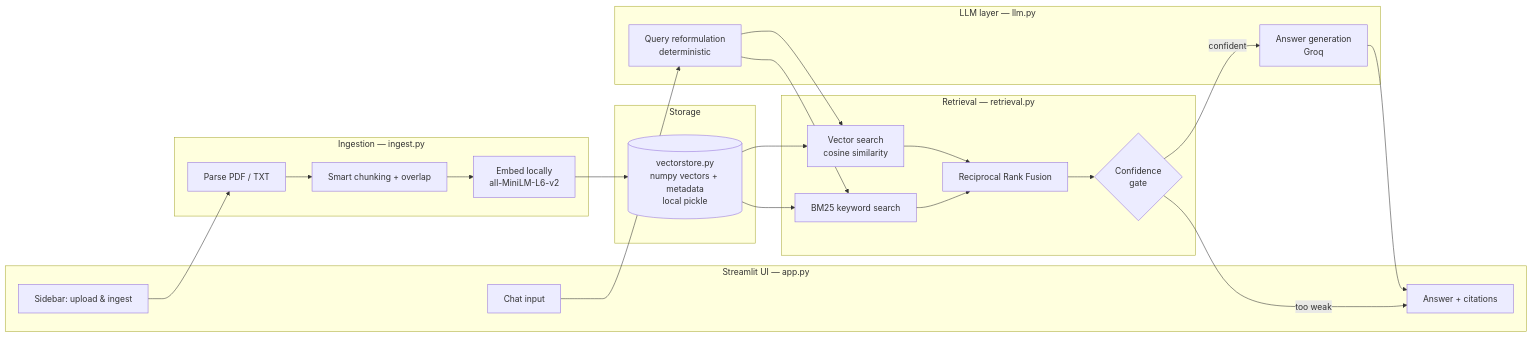
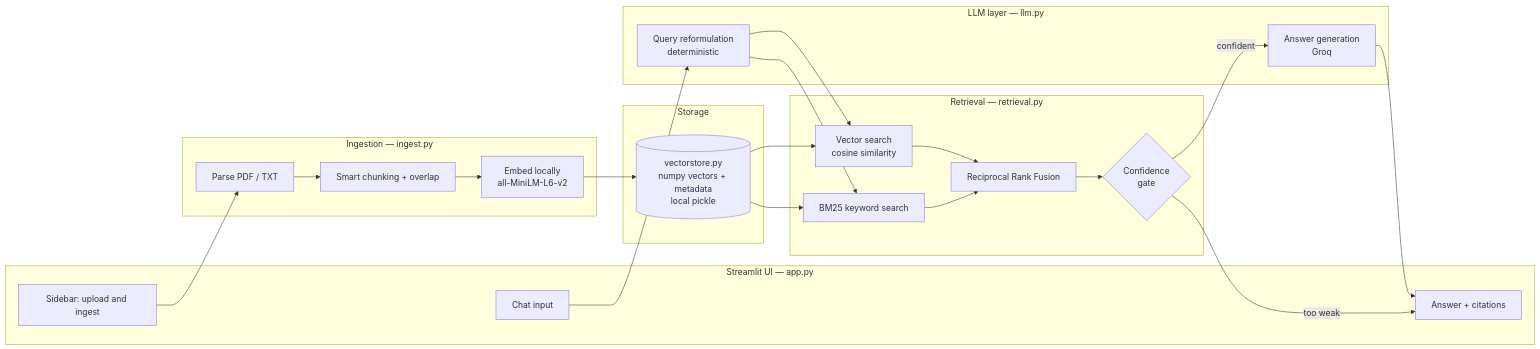
The first of 7 diagrams in README.md (abhishek5703/docmind), drawn with Mermaid before and after one commit. The commit also changed other lines of this file, not shown here.

````diff
--- a/README.md
+++ b/README.md
@@ -134,41 +134,41 @@
 ```mermaid
 flowchart LR
     subgraph UI["Streamlit UI — app.py"]
-        U1[Sidebar: upload & ingest]
+        U1["Sidebar: upload and ingest"]
         U2[Chat input]
         U3[Answer + citations]
     end
 
     subgraph ING["Ingestion — ingest.py"]
         I1[Parse PDF / TXT]
         I2[Smart chunking + overlap]
         I3[Embed locally<br/>all-MiniLM-L6-v2]
     end
 
     subgraph STORE["Storage"]
         V[(vectorstore.py<br/>numpy vectors + metadata<br/>local pickle)]
     end
 
     subgraph RET["Retrieval — retrieval.py"]
         R1[Vector search<br/>cosine similarity]
         R2[BM25 keyword search]
         R3[Reciprocal Rank Fusion]
         R4{Confidence<br/>gate}
     end
 
     subgraph LLM["LLM layer — llm.py"]
         L1[Query reformulation<br/>deterministic]
         L2[Answer generation<br/>Groq]
     end
 
     U1 --> I1 --> I2 --> I3 --> V
     U2 --> L1 --> R1
     L1 --> R2
     V --> R1
     V --> R2
     R1 --> R3
     R2 --> R3
     R3 --> R4
     R4 -- confident --> L2 --> U3
     R4 -- too weak --> U3
 ```
````
